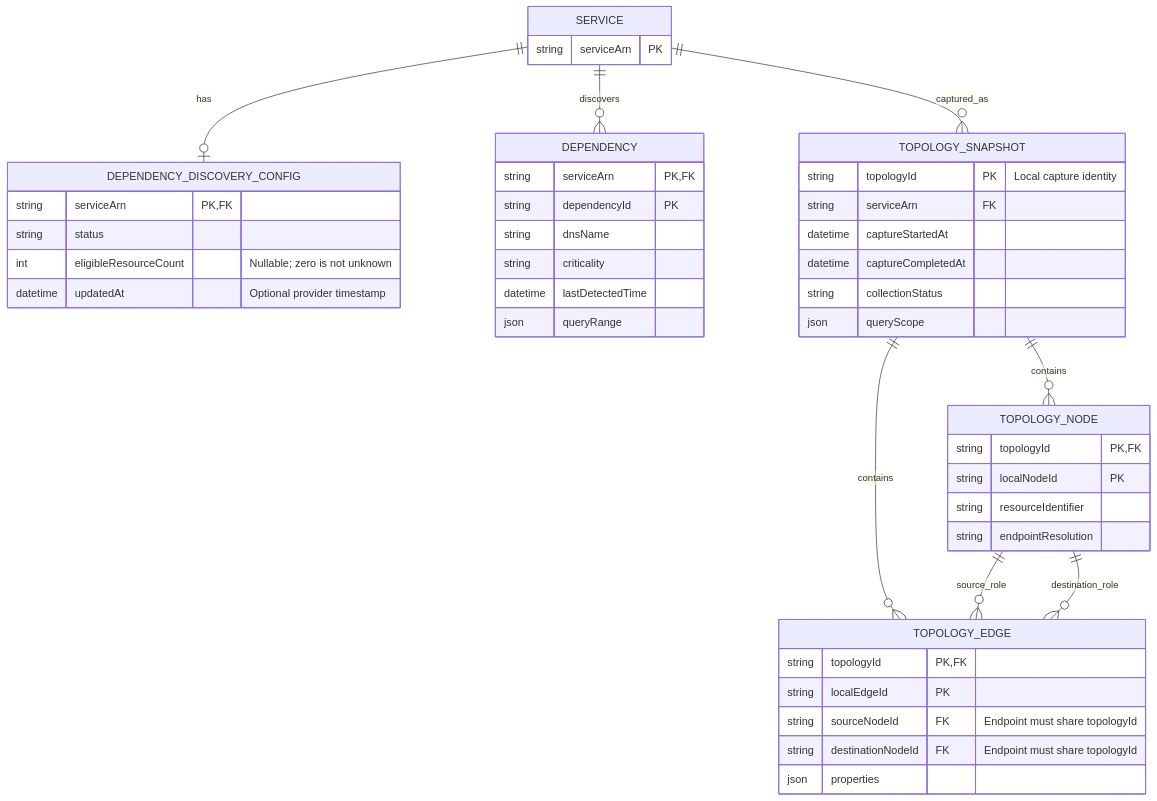
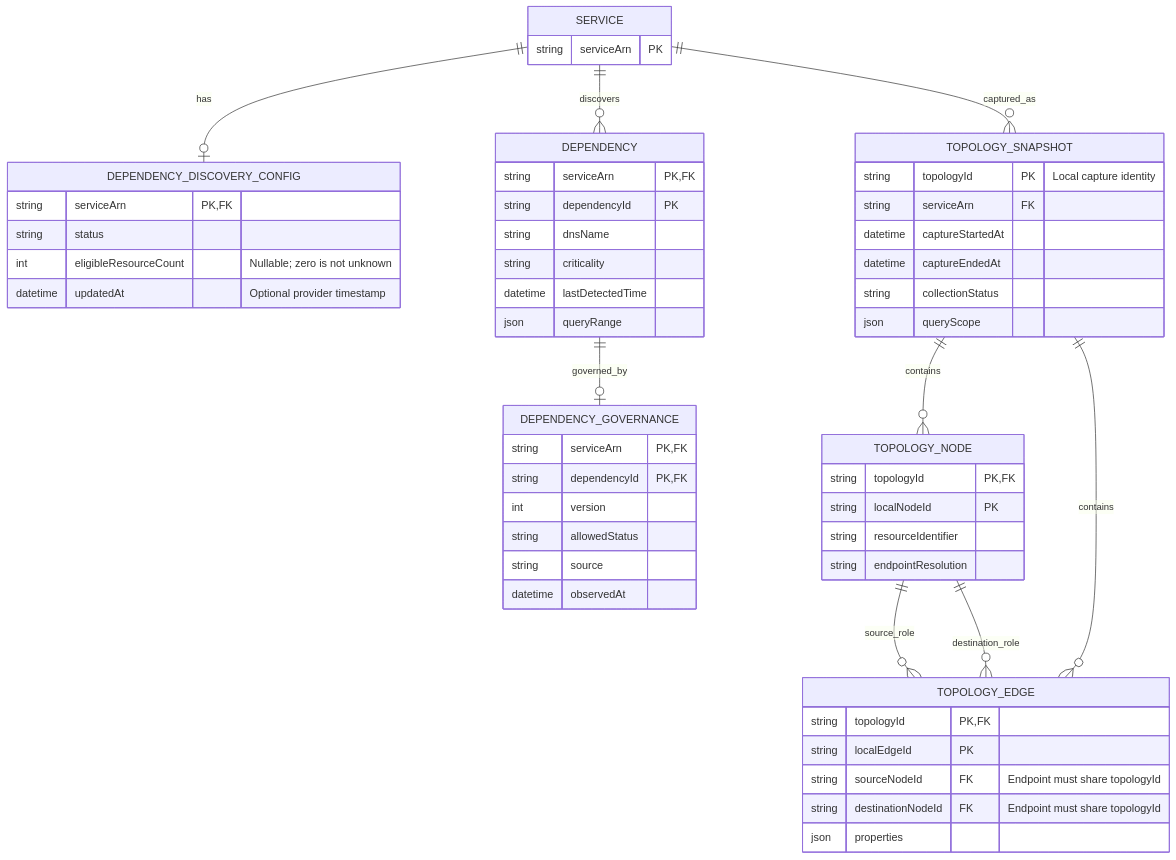
The diagram in aws/resilience-hub/analysis/diagrams/04-dependencies-topology.md (lyrel-dev/frontier-agents), drawn with Mermaid before and after one commit. The commit also changed other lines of this file and 77 other files, not shown here.

````diff
--- a/aws/resilience-hub/analysis/diagrams/04-dependencies-topology.md
+++ b/aws/resilience-hub/analysis/diagrams/04-dependencies-topology.md
@@ -30,52 +31,61 @@
 ```mermaid
 %% Reviewed 2026-11-05. Official sources: report S23-S31.
 %% Node and edge identity and both endpoint foreign keys are snapshot-scoped.
 %% COMPLETE records collector completion, not an atomic provider snapshot.
 erDiagram
     direction TB
     SERVICE {
         string serviceArn PK
     }
     DEPENDENCY_DISCOVERY_CONFIG {
         string serviceArn PK, FK
         string status
         int eligibleResourceCount "Nullable; zero is not unknown"
         datetime updatedAt "Optional provider timestamp"
     }
     DEPENDENCY {
         string serviceArn PK, FK
         string dependencyId PK
         string dnsName
         string criticality
         datetime lastDetectedTime
         json queryRange
     }
     TOPOLOGY_SNAPSHOT {
         string topologyId PK "Local capture identity"
         string serviceArn FK
         datetime captureStartedAt
-        datetime captureCompletedAt
+        datetime captureEndedAt
         string collectionStatus
         json queryScope
     }
     TOPOLOGY_NODE {
         string topologyId PK, FK
         string localNodeId PK
         string resourceIdentifier
         string endpointResolution
     }
     TOPOLOGY_EDGE {
         string topologyId PK, FK
         string localEdgeId PK
         string sourceNodeId FK "Endpoint must share topologyId"
         string destinationNodeId FK "Endpoint must share topologyId"
         json properties
     }
+    DEPENDENCY_GOVERNANCE {
+        string serviceArn PK, FK
+        string dependencyId PK, FK
+        int version
+        string allowedStatus
+        string source
+        datetime observedAt
+    }
     SERVICE ||--o| DEPENDENCY_DISCOVERY_CONFIG : has
     SERVICE ||--o{ DEPENDENCY : discovers
     SERVICE ||--o{ TOPOLOGY_SNAPSHOT : captured_as
     TOPOLOGY_SNAPSHOT ||--o{ TOPOLOGY_NODE : contains
     TOPOLOGY_SNAPSHOT ||--o{ TOPOLOGY_EDGE : contains
     TOPOLOGY_NODE ||--o{ TOPOLOGY_EDGE : source_role
     TOPOLOGY_NODE ||--o{ TOPOLOGY_EDGE : destination_role
+    DEPENDENCY ||--o| DEPENDENCY_GOVERNANCE : governed_by
 ```
````
